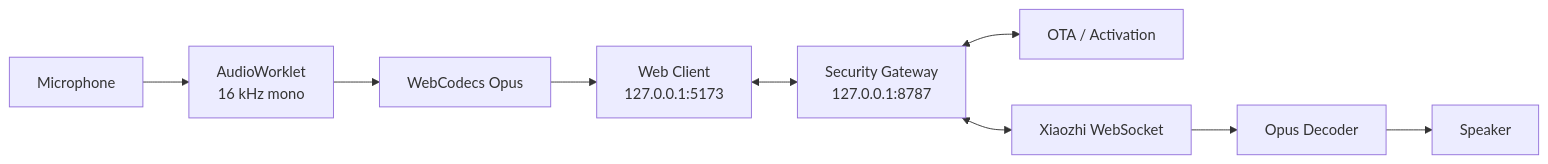
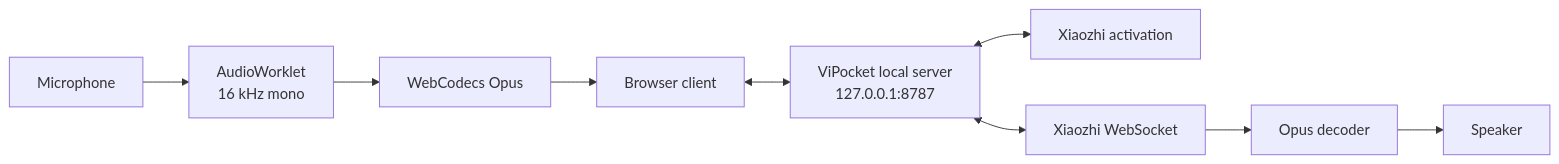
Before and after one commit to Base27-CVNSS/ViPocket-Xiaozhi: the first of 2 diagrams in README.en.md, drawn with Mermaid. The commit also changed other lines of this file, not shown here.

````diff
--- a/README.en.md
+++ b/README.en.md
@@ -58,11 +52,11 @@
 ```mermaid
 flowchart LR
     MIC[Microphone] --> AW[AudioWorklet\n16 kHz mono]
-    AW --> OPUS[WebCodecs Opus]
-    OPUS --> WEB[Web Client\n127.0.0.1:5173]
-    WEB <--> GW[Security Gateway\n127.0.0.1:8787]
-    GW <--> OTA[OTA / Activation]
-    GW <--> WS[Xiaozhi WebSocket]
-    WS --> DEC[Opus Decoder]
+    AW --> ENC[WebCodecs Opus]
+    ENC --> WEB[Browser client]
+    WEB <--> LOCAL[ViPocket local server\n127.0.0.1:8787]
+    LOCAL <--> OTA[Xiaozhi activation]
+    LOCAL <--> WS[Xiaozhi WebSocket]
+    WS --> DEC[Opus decoder]
     DEC --> SPK[Speaker]
 ```
````
